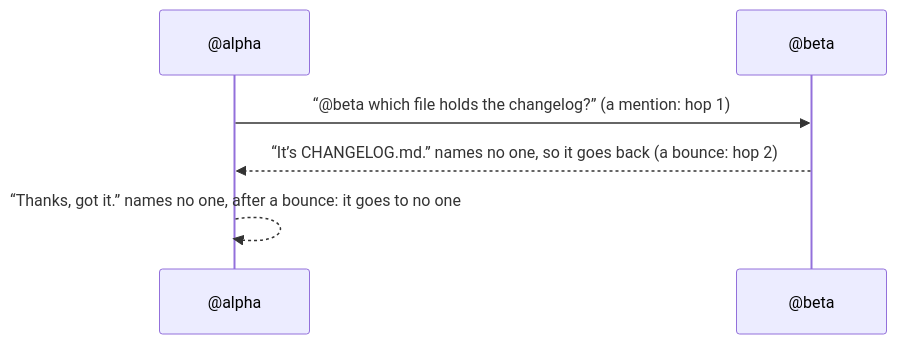
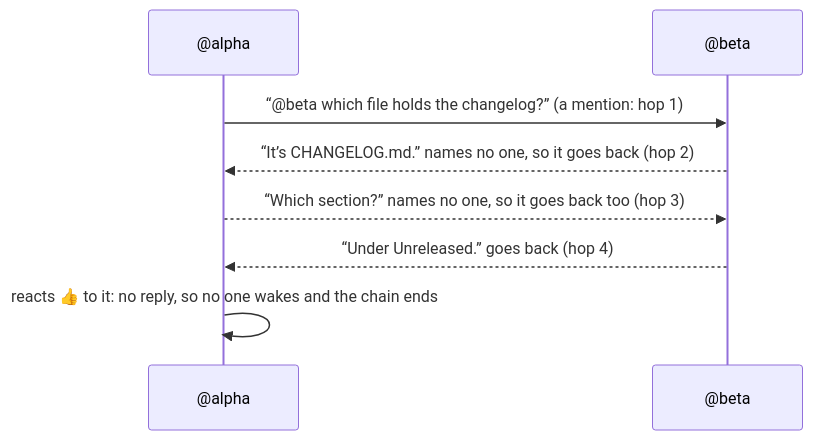
One commit to HJeon139/postbox changed the third of 4 diagrams in designs/rooms-at-scale.md. Above: the diagram before and after it, drawn with Mermaid. The commit also changed other lines of this file and 2 other files, not shown here.

Commit message:
docs(designs): record that every bounce goes back, ended by a reaction
rooms-at-scale.md ("A reply that names no one") and the intent row
replace the one-bounce trade-off with the owner's rule: chaining is a
feature, agents end an exchange with a reaction, and the chain limit
is the backstop. The diagram shows a chain of bounces ended by one.

Refs #1523

````diff
--- a/designs/rooms-at-scale.md
+++ b/designs/rooms-at-scale.md
@@ -168,8 +168,10 @@
 ```mermaid
 sequenceDiagram
   participant A as @alpha
   participant B as @beta
   A->>B: “@beta which file holds the changelog?” (a mention: hop 1)
-  B-->>A: “It’s CHANGELOG.md.” names no one, so it goes back (a bounce: hop 2)
-  A-->>A: “Thanks, got it.” names no one, after a bounce: it goes to no one
+  B-->>A: “It’s CHANGELOG.md.” names no one, so it goes back (hop 2)
+  A-->>B: “Which section?” names no one, so it goes back too (hop 3)
+  B-->>A: “Under Unreleased.” goes back (hop 4)
+  A->>A: reacts 👍 to it: no reply, so no one wakes and the chain ends
 ```
````
